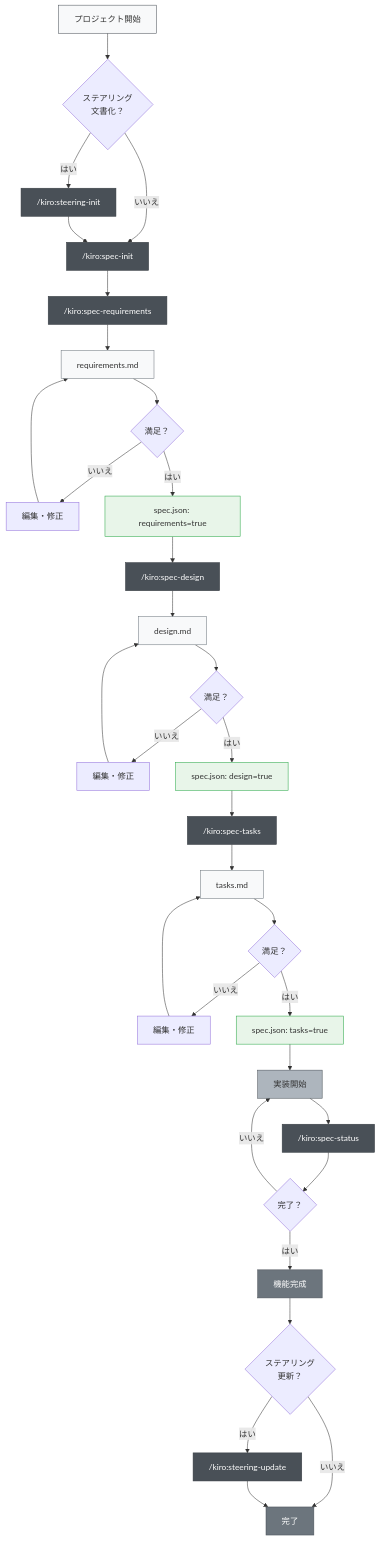
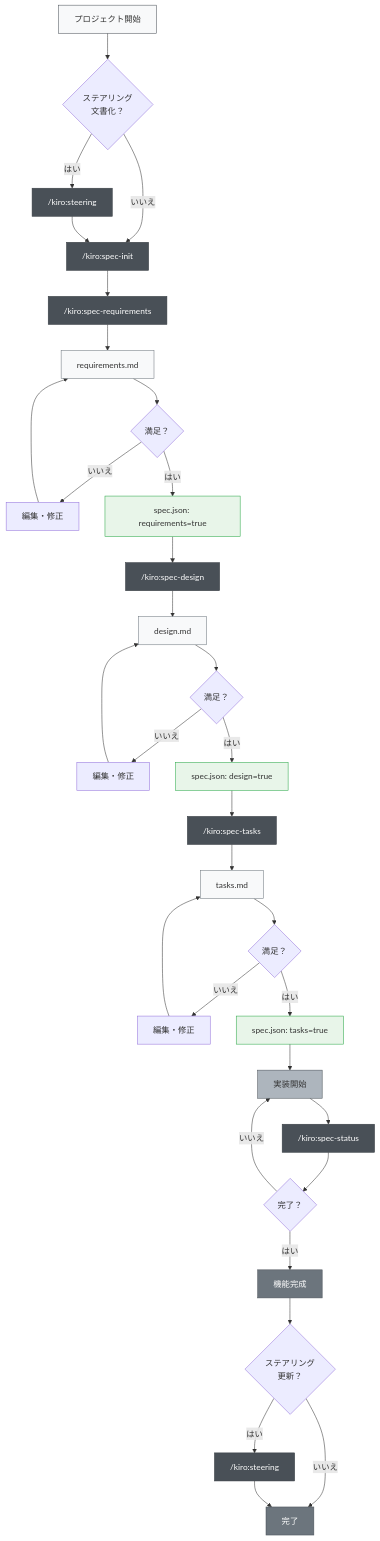
Before and after one commit to yi-john-huang/amazonq-spec: the first of 2 diagrams in README.md, drawn with Mermaid. The commit also changed other lines of this file and 12 other files, not shown here.

````diff
--- a/README.md
+++ b/README.md
@@ -128,58 +128,58 @@
 ```mermaid
 graph TD
     A["プロジェクト開始"] --> B{"ステアリング<br/>文書化？"}
-    B -->|はい| C["/kiro:steering-init"]
+    B -->|はい| C["/kiro:steering"]
     B -->|いいえ| D["/kiro:spec-init"]
     C --> D
     
     D --> E["/kiro:spec-requirements"]
     E --> F["requirements.md"]
     F --> G{"満足？"}
     G -->|いいえ| G1["編集・修正"]
     G1 --> F
     G -->|はい| H["spec.json: requirements=true"]
     
     H --> I["/kiro:spec-design"]
     I --> J["design.md"]
     J --> K{"満足？"}
     K -->|いいえ| K1["編集・修正"]
     K1 --> J
     K -->|はい| L["spec.json: design=true"]
     
     L --> M["/kiro:spec-tasks"]
     M --> N["tasks.md"]
     N --> O{"満足？"}
     O -->|いいえ| O1["編集・修正"]
     O1 --> N
     O -->|はい| P["spec.json: tasks=true"]
     
     P --> Q["実装開始"]
     Q --> R["/kiro:spec-status"]
     R --> S{"完了？"}
     S -->|いいえ| Q
     S -->|はい| T["機能完成"]
     
     T --> U{"ステアリング<br/>更新？"}
-    U -->|はい| V["/kiro:steering-update"]
+    U -->|はい| V["/kiro:steering"]
     U -->|いいえ| W["完了"]
     V --> W
     
     %% スタイル定義
     style A fill:#f8f9fa,stroke:#495057
     style C fill:#495057,stroke:#343a40,color:#ffffff
     style D fill:#495057,stroke:#343a40,color:#ffffff
     style E fill:#495057,stroke:#343a40,color:#ffffff
     style I fill:#495057,stroke:#343a40,color:#ffffff
     style M fill:#495057,stroke:#343a40,color:#ffffff
     style R fill:#495057,stroke:#343a40,color:#ffffff
     style V fill:#495057,stroke:#343a40,color:#ffffff
     style F fill:#f8f9fa,stroke:#6c757d
     style J fill:#f8f9fa,stroke:#6c757d
     style N fill:#f8f9fa,stroke:#6c757d
     style H fill:#e8f5e9,stroke:#28a745
     style L fill:#e8f5e9,stroke:#28a745
     style P fill:#e8f5e9,stroke:#28a745
     style Q fill:#adb5bd,stroke:#495057
     style T fill:#6c757d,stroke:#495057,color:#ffffff
     style W fill:#6c757d,stroke:#495057,color:#ffffff
 ```
````
